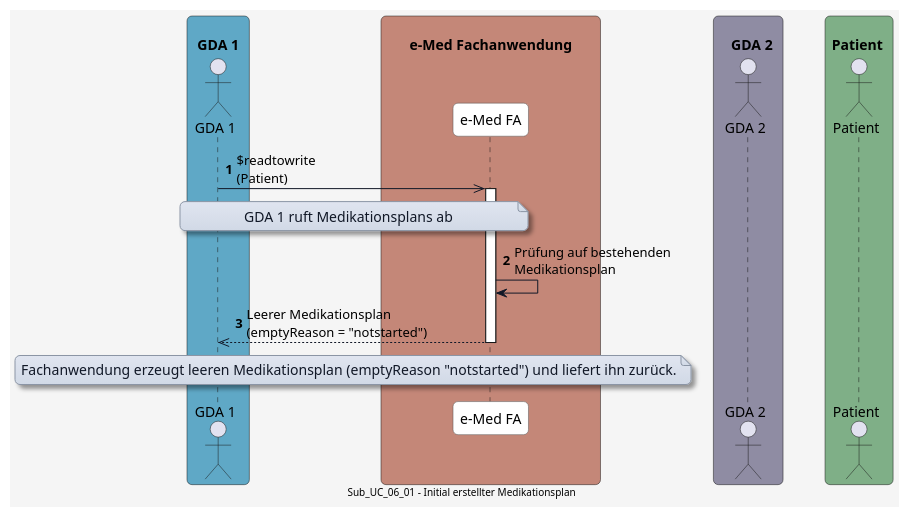
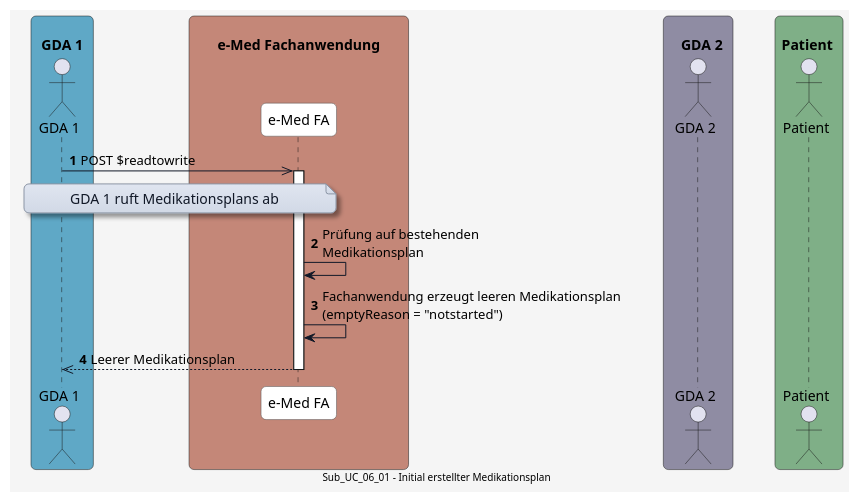
The diagram in input/images-source/UC_06_01.plantuml (HL7Austria/ELGA-e-Medikation-R4), drawn with PlantUML before and after one commit. The commit also changed 5 other files, not shown here.

Commit message:
Update diagrams

```diff
--- a/input/images-source/UC_06_01.plantuml
+++ b/input/images-source/UC_06_01.plantuml
@@ -1,80 +1,78 @@
 @startuml
 skinparam borderColor #000000
 skinparam backgroundColor #f5f5f5
 skinparam shadowing false
 skinparam roundCorner 10
 skinparam defaultFontName "Arial"
 skinparam defaultFontSize 14
 skinparam defaultFontColor #000000
 
 skinparam note {
   BackgroundColor #e0e5f0-#d1d9e6
   BorderColor #8b95a5
   BorderThickness 1
   RoundCorner 8
   Padding 6
   FontColor #111827
   Shadowing true
 }
 
 skinparam HyperlinkColor #0000EE
 skinparam HyperlinkUnderline false
 
 skinparam sequence {
   ParticipantBorderColor #555555
   ParticipantBackgroundColor #ffffff
   ParticipantFontColor #000000
   ParticipantFontSize 14
   ParticipantPadding 20
   ArrowColor #111827
   ArrowThickness 1
   ArrowFontColor #000000
   ArrowFontSize 13
   GroupBorderColor #111827
   GroupBackgroundColor #eef2ff
   GroupBorderThickness 2
 }
 
 skinparam BoxPadding 20
 skinparam BoxBorderColor #555555
 
 box "\n  GDA 1  " #5FA8C6
   actor GDA_1 as "GDA 1"
 end box
 
 box "\n       e-Med Fachanwendung       " #C48778
   participant eMed_FA as "e-Med FA"
 end box
 
 box "\n    GDA 2  " #8F8CA3
   actor GDA_2 as "GDA 2"
 end box
 
 box "\n Patient  " #7FAF87
   actor Patient as "Patient"
 end box
 
 
 autonumber
 
 
-GDA_1 ->> eMed_FA: $readtowrite\n(Patient)
+GDA_1 ->> eMed_FA: POST $readtowrite
 
 note over GDA_1, eMed_FA
 GDA 1 ruft Medikationsplans ab
 end note
 
 activate eMed_FA
 eMed_FA -> eMed_FA: Prüfung auf bestehenden\nMedikationsplan
+eMed_FA -> eMed_FA: Fachanwendung erzeugt leeren Medikationsplan\n(emptyReason = "notstarted")
 
-eMed_FA -->> GDA_1: Leerer Medikationsplan\n(emptyReason = "notstarted")
+eMed_FA -->> GDA_1: Leerer Medikationsplan
 
 deactivate eMed_FA
 
-note over GDA_1, eMed_FA
-Fachanwendung erzeugt leeren Medikationsplan (emptyReason "notstarted") und liefert ihn zurück.
-end note
 
 center footer Sub_UC_06_01 - Initial erstellter Medikationsplan
 
 @enduml
```
